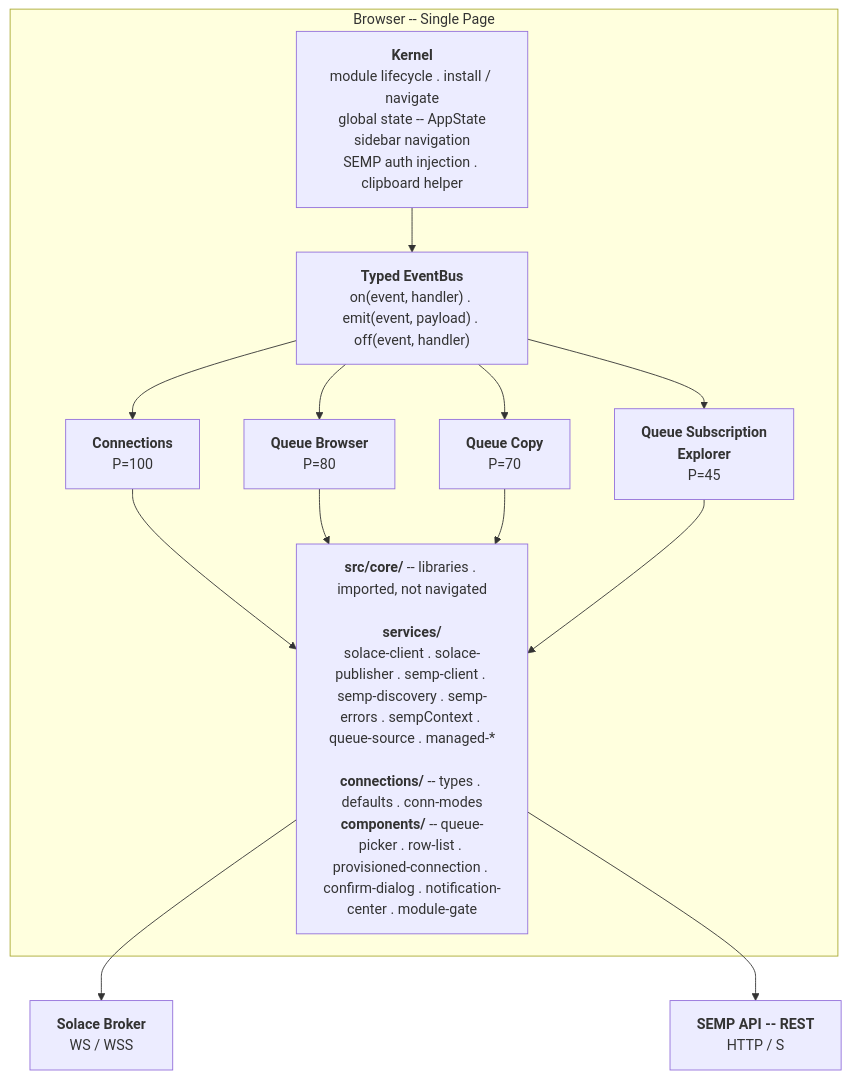
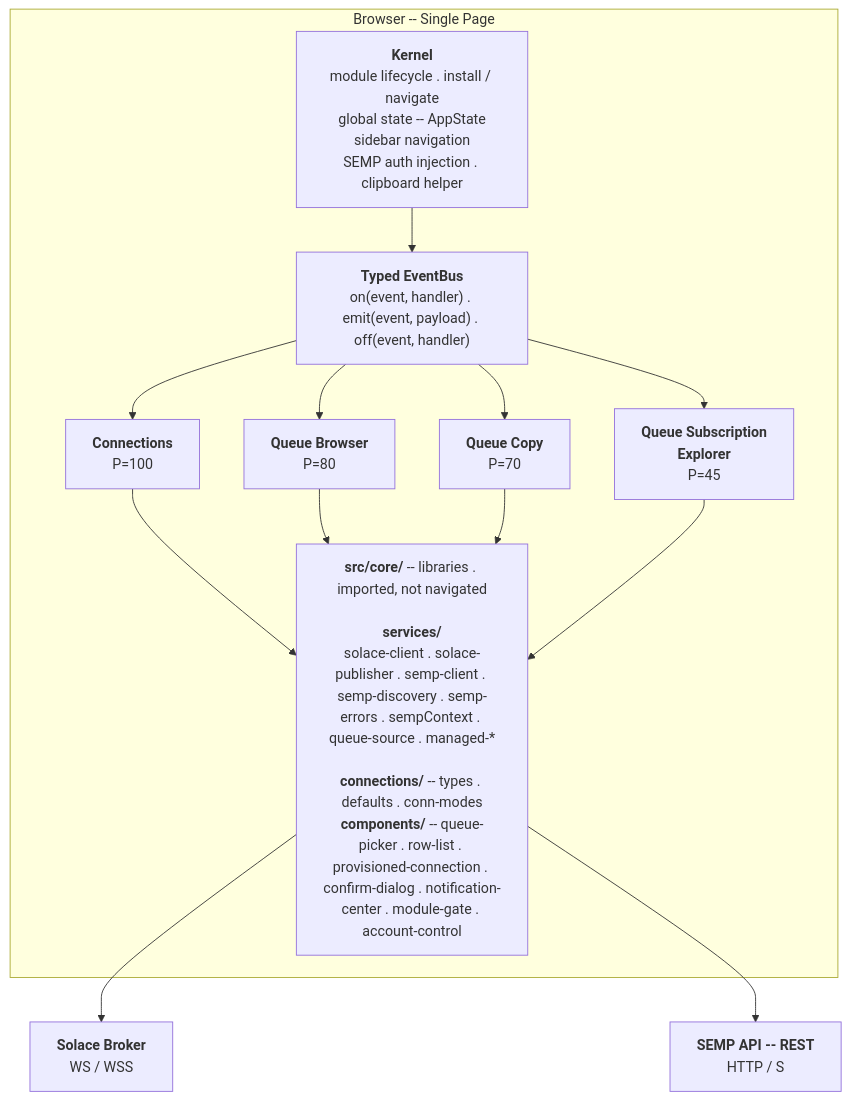
The first of 5 diagrams in docs/architecture.md (SolaceLabs/solace-msg-utility), drawn with Mermaid before and after one commit. The commit also changed other lines of this file and 70 other files, not shown here.

````diff
--- a/docs/architecture.md
+++ b/docs/architecture.md
@@ -58,21 +60,21 @@
 ```mermaid
 flowchart TB
     subgraph browser["Browser -- Single Page"]
         kernel["<b>Kernel</b><br/>module lifecycle . install / navigate<br/>global state -- AppState<br/>sidebar navigation<br/>SEMP auth injection . clipboard helper"]
         bus["<b>Typed EventBus</b><br/>on(event, handler) . emit(event, payload) . off(event, handler)"]
 
         conn["<b>Connections</b><br/>P=100"]
         qb["<b>Queue Browser</b><br/>P=80"]
         qc["<b>Queue Copy</b><br/>P=70"]
         qse["<b>Queue Subscription<br/>Explorer</b><br/>P=45"]
 
-        core["<b>src/core/</b> -- libraries . imported, not navigated<br/><br/><b>services/</b><br/>solace-client . solace-publisher . semp-client . semp-discovery . semp-errors . sempContext . queue-source . managed-*<br/><br/><b>connections/</b> -- types . defaults . conn-modes<br/><b>components/</b> -- queue-picker . row-list . provisioned-connection . confirm-dialog . notification-center . module-gate"]
+        core["<b>src/core/</b> -- libraries . imported, not navigated<br/><br/><b>services/</b><br/>solace-client . solace-publisher . semp-client . semp-discovery . semp-errors . sempContext . queue-source . managed-*<br/><br/><b>connections/</b> -- types . defaults . conn-modes<br/><b>components/</b> -- queue-picker . row-list . provisioned-connection . confirm-dialog . notification-center . module-gate . account-control"]
 
         kernel --> bus
         bus --> conn & qb & qc & qse
         conn & qb & qc & qse --> core
     end
 
     core --> broker["<b>Solace Broker</b><br/>WS / WSS"]
     core --> semp["<b>SEMP API -- REST</b><br/>HTTP / S"]
 ```
````
